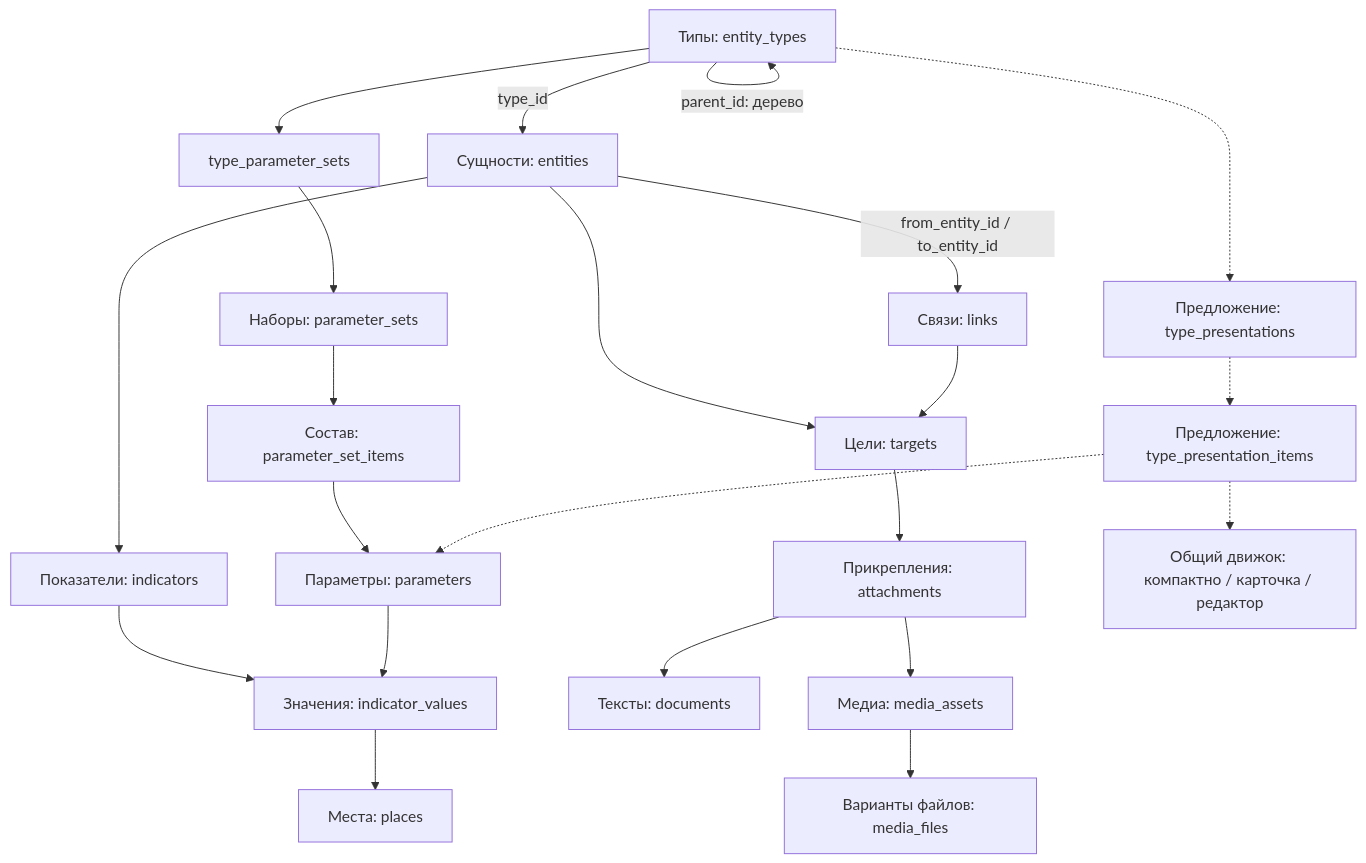
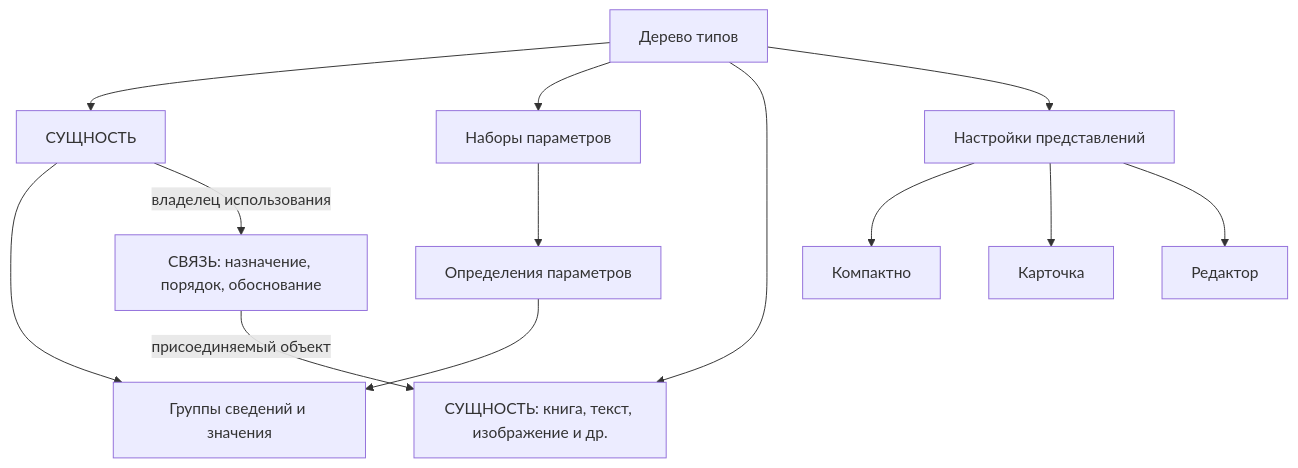
Before and after one commit to softom/2vhutemas2: the first of 2 diagrams in WIKI/Схема данных — источники и отображения.md, drawn with Mermaid. The commit also changed other lines of this file and 2 other files, not shown here.

Commit message:
Clarify attachments as entities connected by links

````diff
--- a/WIKI/Схема данных — источники и отображения.md
+++ b/WIKI/Схема данных — источники и отображения.md
@@ -9,24 +9,15 @@
 ```mermaid
 flowchart TD
-    T[Типы: entity_types] -->|parent_id: дерево| T
-    T -->|type_id| E[Сущности: entities]
-    T --> TS[type_parameter_sets]
-    TS --> PS[Наборы: parameter_sets]
-    PS --> PI[Состав: parameter_set_items]
-    PI --> P[Параметры: parameters]
-    E --> I[Показатели: indicators]
-    I --> V[Значения: indicator_values]
+    T[Дерево типов] --> E[СУЩНОСТЬ]
+    T --> N[Наборы параметров]
+    N --> P[Определения параметров]
+    E --> V[Группы сведений и значения]
     P --> V
-    V --> PL[Места: places]
-    E -->|from_entity_id / to_entity_id| L[Связи: links]
-    E --> TG[Цели: targets]
-    L --> TG
-    TG --> A[Прикрепления: attachments]
-    A --> D[Тексты: documents]
-    A --> M[Медиа: media_assets]
-    M --> F[Варианты файлов: media_files]
-    T -.-> TP[Предложение: type_presentations]
-    TP -.-> TI[Предложение: type_presentation_items]
-    TI -.-> P
-    TI -.-> R[Общий движок: компактно / карточка / редактор]
+    E -->|владелец использования| L[СВЯЗЬ: назначение, порядок, обоснование]
+    L -->|присоединяемый объект| E2[СУЩНОСТЬ: книга, текст, изображение и др.]
+    T --> E2
+    T --> R[Настройки представлений]
+    R --> C[Компактно]
+    R --> K[Карточка]
+    R --> ED[Редактор]
 ```
````
